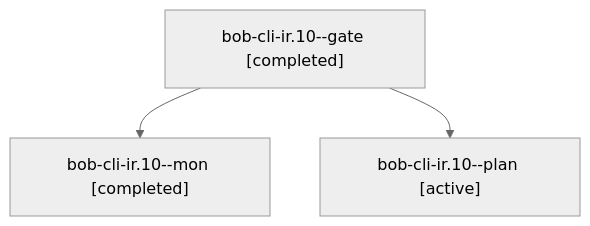
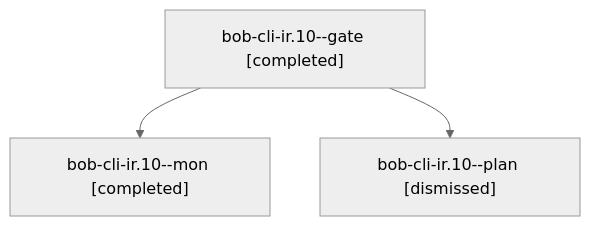
Before and after one commit to bobs-org/bob-cli--agents: the diagram in sessions/bbugyi200.athena.bob-cli-ir.10.md, drawn with Mermaid (neutral theme). The commit also changed other lines of this file and 100 other files, not shown here.

````diff
--- a/sessions/bbugyi200.athena.bob-cli-ir.10.md
+++ b/sessions/bbugyi200.athena.bob-cli-ir.10.md
@@ -9,8 +9,8 @@
 ```mermaid
 flowchart TD
   n0["bob-cli-ir.10--gate [completed]"]
   n1["bob-cli-ir.10--mon [completed]"]
   n0 --> n1
-  n2["bob-cli-ir.10--plan [active]"]
+  n2["bob-cli-ir.10--plan [dismissed]"]
   n0 --> n2
 ```
````
